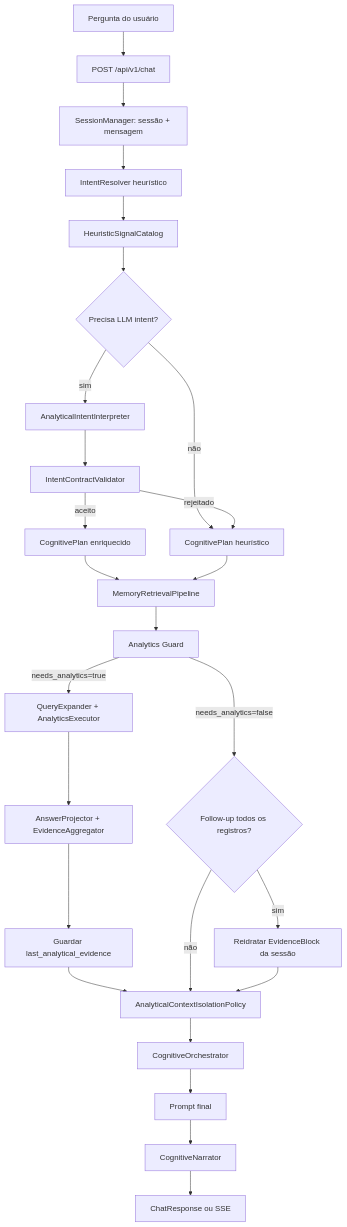
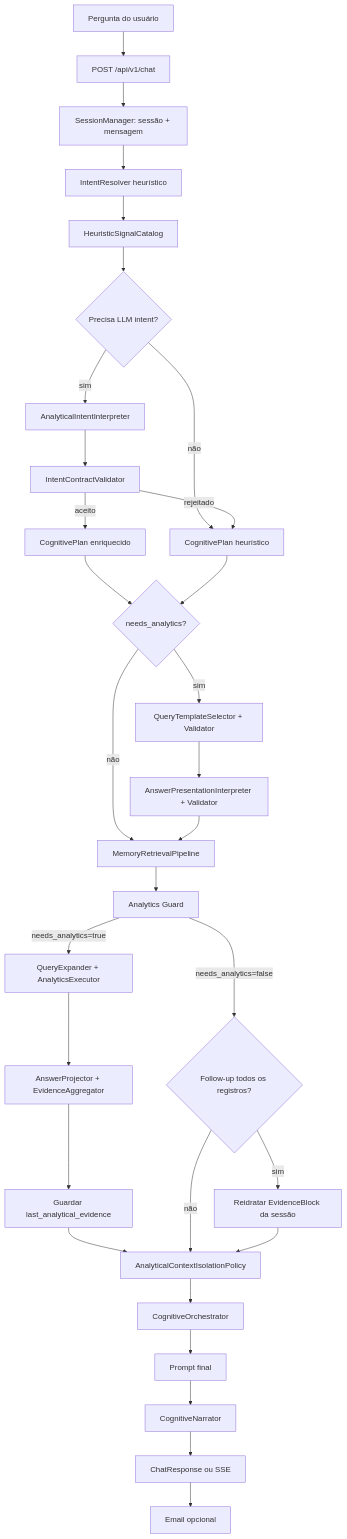
One commit to cristianosantana/jupter_notebook changed the second of 4 diagrams in orion_mcp_v3/docs/architecture/MAPA_MENTAL_FLUXO_PONTA_A_PONTA.md. Above: the diagram before and after it, drawn with Mermaid. The commit also changed other lines of this file, not shown here.

First line of the commit message:
Atualizei o [`docs/architecture/MAPA_MENTAL_FLUXO_PONTA_A_PONTA.md`](docs/architecture/MAPA_MENTAL_FLUXO_PONTA_A_PONTA.md) para refletir o estado atual do projeto. Resumo das mudanças:

````diff
--- a/orion_mcp_v3/docs/architecture/MAPA_MENTAL_FLUXO_PONTA_A_PONTA.md
+++ b/orion_mcp_v3/docs/architecture/MAPA_MENTAL_FLUXO_PONTA_A_PONTA.md
@@ -184,28 +227,33 @@
 ```mermaid
 flowchart TD
     UserQuestion["Pergunta do usuário"] --> ChatRoute["POST /api/v1/chat"]
     ChatRoute --> Session["SessionManager: sessão + mensagem"]
     Session --> Heuristic["IntentResolver heurístico"]
     Heuristic --> Signals["HeuristicSignalCatalog"]
     Signals --> NeedLLM{"Precisa LLM intent?"}
     NeedLLM -->|não| CognitivePlan["CognitivePlan heurístico"]
     NeedLLM -->|sim| Interpreter["AnalyticalIntentInterpreter"]
     Interpreter --> Validator["IntentContractValidator"]
     Validator -->|aceito| CognitivePlanLLM["CognitivePlan enriquecido"]
     Validator -->|rejeitado| CognitivePlan
-    CognitivePlanLLM --> Memory["MemoryRetrievalPipeline"]
-    CognitivePlan --> Memory
+    CognitivePlanLLM --> QuerySelect{"needs_analytics?"}
+    CognitivePlan --> QuerySelect
+    QuerySelect -->|sim| TemplateSelector["QueryTemplateSelector + Validator"]
+    QuerySelect -->|não| Memory
+    TemplateSelector --> AnswerPresent["AnswerPresentationInterpreter + Validator"]
+    AnswerPresent --> Memory["MemoryRetrievalPipeline"]
     Memory --> Guard["Analytics Guard"]
     Guard -->|needs_analytics=true| Analytics["QueryExpander + AnalyticsExecutor"]
     Guard -->|needs_analytics=false| FollowupCheck{"Follow-up todos os registros?"}
     Analytics --> Evidence["AnswerProjector + EvidenceAggregator"]
     Evidence --> SaveLast["Guardar last_analytical_evidence"]
     SaveLast --> Isolation["AnalyticalContextIsolationPolicy"]
     FollowupCheck -->|sim| Rehydrate["Reidratar EvidenceBlock da sessão"]
     FollowupCheck -->|não| Isolation
     Rehydrate --> Isolation
     Isolation --> Orchestrator["CognitiveOrchestrator"]
     Orchestrator --> Prompt["Prompt final"]
     Prompt --> Narrator["CognitiveNarrator"]
     Narrator --> Response["ChatResponse ou SSE"]
+    Response --> EmailOpt["Email opcional"]
 ```
````
